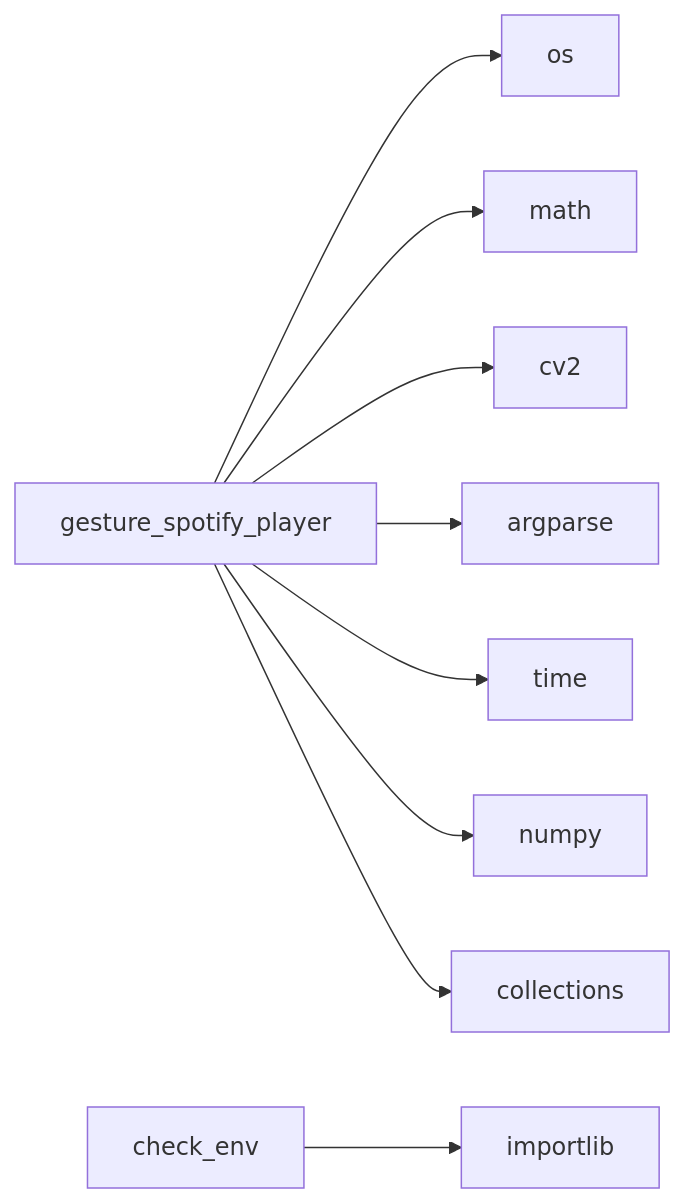
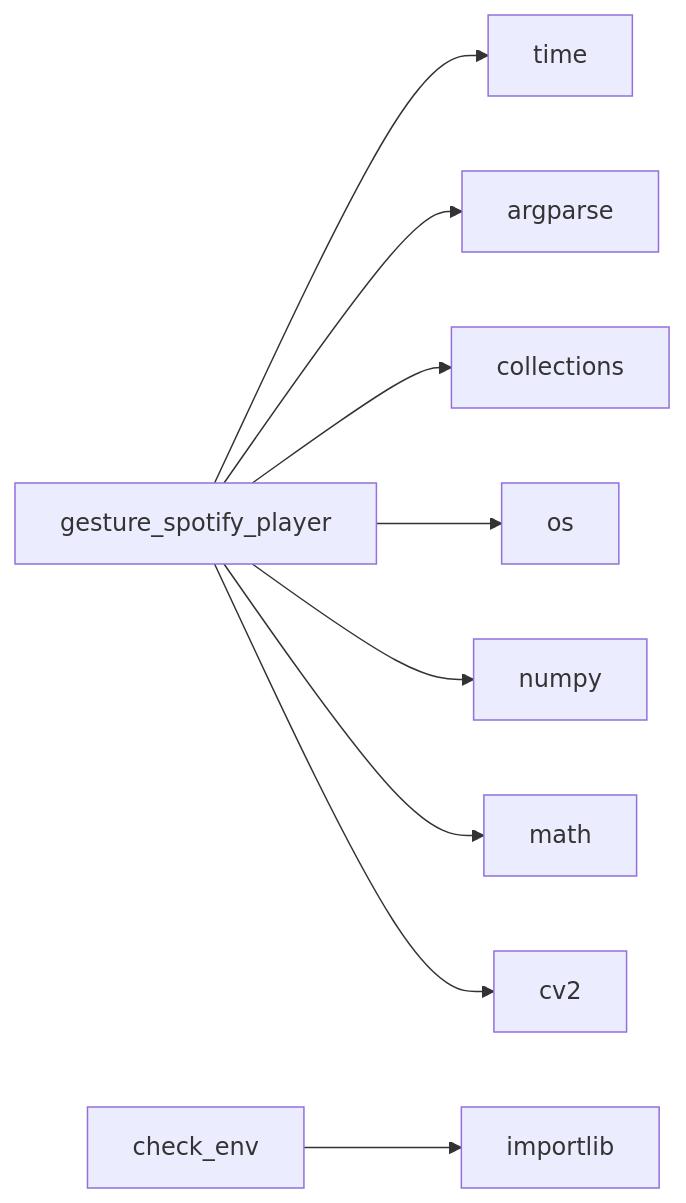
Before and after one commit to NITISH-R-G/PalmPlay1: the second of 2 diagrams in README.md, drawn with Mermaid. The commit also changed other lines of this file and 3 other files, not shown here.

Commit message:
docs: update repository documentation and diagrams [skip ci]

````diff
--- a/README.md
+++ b/README.md
@@ -60,15 +60,15 @@
 ```mermaid
 graph LR
     gesture_spotify_player[gesture_spotify_player]
+    gesture_spotify_player --> time[time]
+    gesture_spotify_player --> argparse[argparse]
+    gesture_spotify_player --> collections[collections]
     gesture_spotify_player --> os[os]
+    gesture_spotify_player --> numpy[numpy]
     gesture_spotify_player --> math[math]
     gesture_spotify_player --> cv2[cv2]
-    gesture_spotify_player --> argparse[argparse]
-    gesture_spotify_player --> time[time]
-    gesture_spotify_player --> numpy[numpy]
-    gesture_spotify_player --> collections[collections]
     check_env[check_env]
     check_env --> importlib[importlib]
     click gesture_spotify_player href "https://github.com/NITISH-R-G/PalmPlay1/blob/main/gesture_spotify_player.py" "View source code"
     click check_env href "https://github.com/NITISH-R-G/PalmPlay1/blob/main/check_env.py" "View source code"
 ```
````
